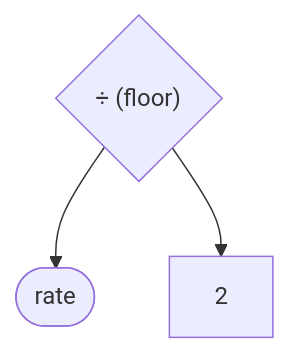
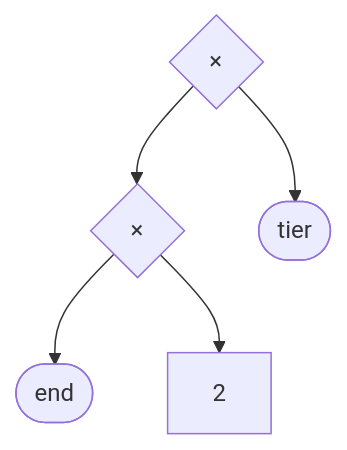
One commit to SETA1609/riftweave-core changed the sixth of 18 diagrams in docs/core/formula-trees.md. Above: the diagram before and after it, drawn with Mermaid. The commit also changed other lines of this file and 116 other files, not shown here.

````diff
--- a/docs/core/formula-trees.md
+++ b/docs/core/formula-trees.md
@@ -75,8 +75,12 @@
 ```mermaid
 flowchart TB
-  n1{"÷ (floor)"}
-  n2(["rate"])
+  n1{"×"}
+  n2{"×"}
+  n3(["end"])
+  n2 --> n3
+  n4["2"]
+  n2 --> n4
   n1 --> n2
-  n3["2"]
-  n1 --> n3
+  n5(["tier"])
+  n1 --> n5
 ```
````
